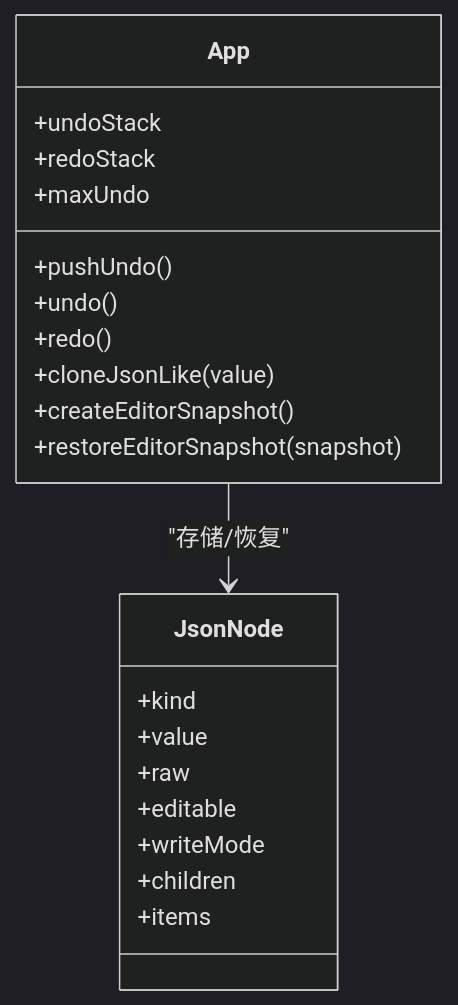
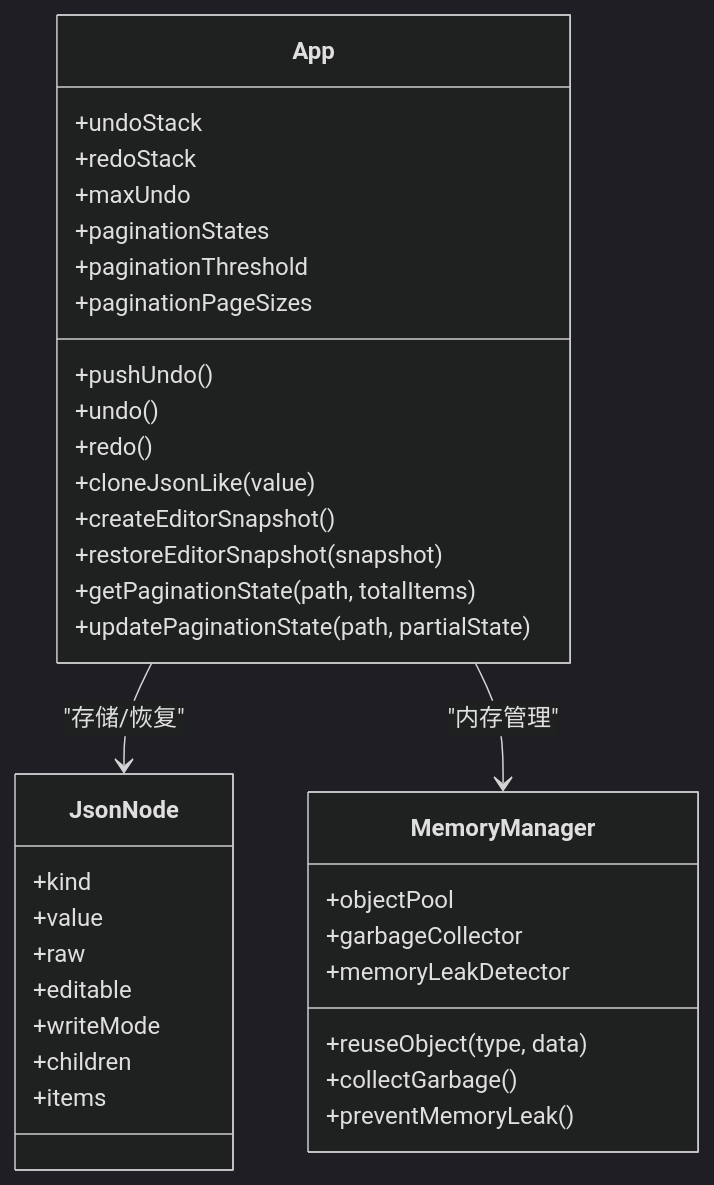
Before and after one commit to meiok1/wysjson: the fifth of 7 diagrams in .qoder/repowiki/zh/content/示例和最佳实践/性能优化案例.md, drawn with Mermaid (dark theme). The commit also changed other lines of this file and 390 other files, not shown here.

````diff
--- a/.qoder/repowiki/zh/content/示例和最佳实践/性能优化案例.md
+++ b/.qoder/repowiki/zh/content/示例和最佳实践/性能优化案例.md
@@ -168,24 +251,38 @@
 ```mermaid
 classDiagram
 class App {
 +undoStack
 +redoStack
 +maxUndo
++paginationStates
++paginationThreshold
++paginationPageSizes
 +pushUndo()
 +undo()
 +redo()
 +cloneJsonLike(value)
 +createEditorSnapshot()
 +restoreEditorSnapshot(snapshot)
++getPaginationState(path, totalItems)
++updatePaginationState(path, partialState)
 }
 class JsonNode {
 +kind
 +value
 +raw
 +editable
 +writeMode
 +children
 +items
 }
+class MemoryManager {
++objectPool
++garbageCollector
++memoryLeakDetector
++reuseObject(type, data)
++collectGarbage()
++preventMemoryLeak()
+}
 App --> JsonNode : "存储/恢复"
+App --> MemoryManager : "内存管理"
 ```
````
